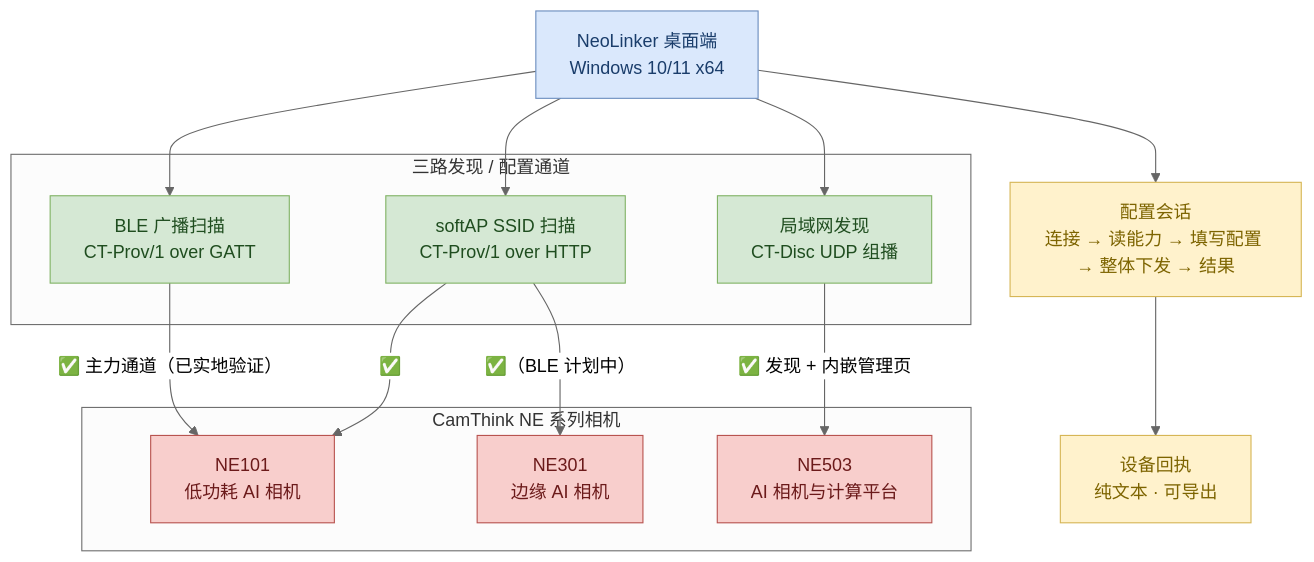
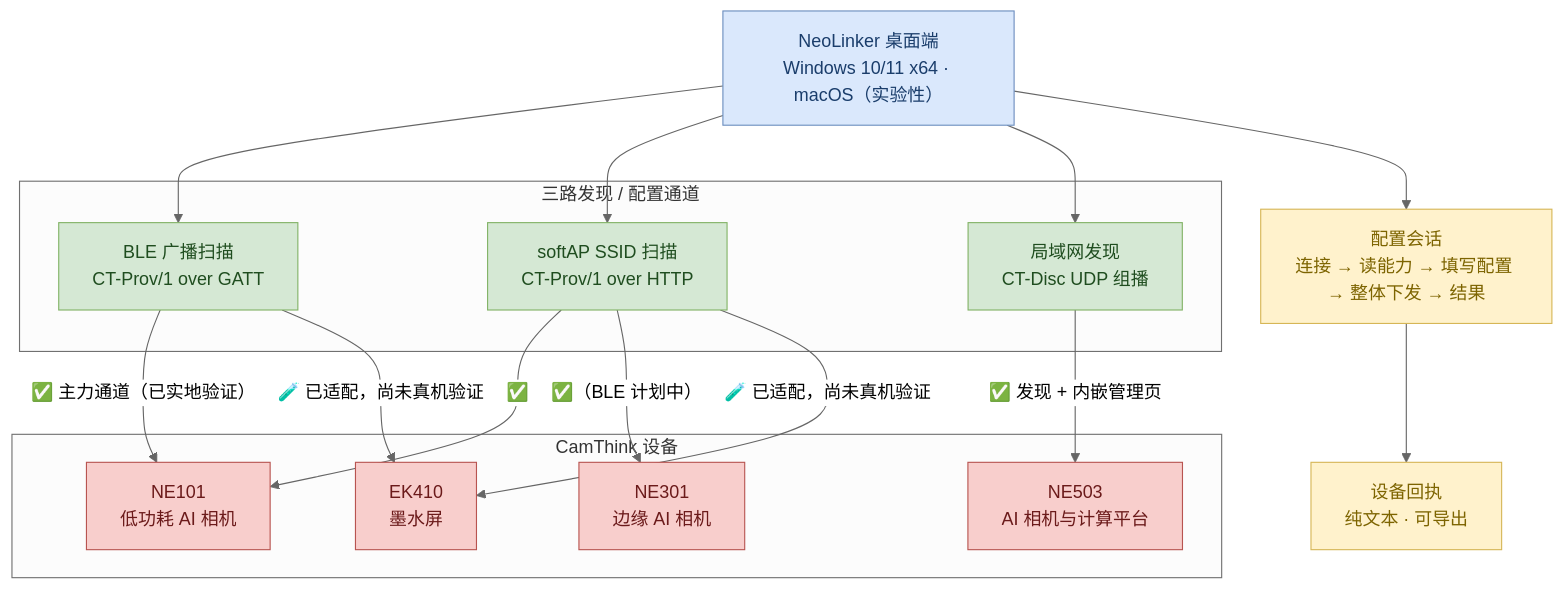
Before and after one commit to Oreofilling/wiki-documents: the diagram in docs/7-neolinker/0-overview.md, drawn with Mermaid (neutral theme). The commit also changed other lines of this file and 13 other files, not shown here.

````diff
--- a/docs/7-neolinker/0-overview.md
+++ b/docs/7-neolinker/0-overview.md
@@ -29,35 +29,38 @@
 ```mermaid
 flowchart TB
-    NL["NeoLinker 桌面端<br/>Windows 10/11 x64"]
+    NL["NeoLinker 桌面端<br/>Windows 10/11 x64 · macOS（实验性）"]
 
     subgraph CH ["三路发现 / 配置通道"]
         BLE["BLE 广播扫描<br/>CT-Prov/1 over GATT"]
         AP["softAP SSID 扫描<br/>CT-Prov/1 over HTTP"]
         LAN["局域网发现<br/>CT-Disc UDP 组播"]
     end
 
-    subgraph DEV ["CamThink NE 系列相机"]
+    subgraph DEV ["CamThink 设备"]
         NE101["NE101<br/>低功耗 AI 相机"]
         NE301["NE301<br/>边缘 AI 相机"]
         NE503["NE503<br/>AI 相机与计算平台"]
+        EK410["EK410<br/>墨水屏"]
     end
 
     SESS["配置会话<br/>连接 → 读能力 → 填写配置 → 整体下发 → 结果"]
     RCT["设备回执<br/>纯文本 · 可导出"]
 
     NL --> BLE & AP & LAN
     BLE -->|"✅ 主力通道（已实地验证）"| NE101
     AP  -->|"✅"| NE101
     AP  -->|"✅（BLE 计划中）"| NE301
     LAN -->|"✅ 发现 + 内嵌管理页"| NE503
+    BLE -->|"🧪 已适配，尚未真机验证"| EK410
+    AP  -->|"🧪 已适配，尚未真机验证"| EK410
     NL --> SESS --> RCT
 
     classDef toolNode fill:#dae8fc,stroke:#6c8ebf,color:#1a3d6b
     classDef chanNode fill:#d5e8d4,stroke:#82b366,color:#1f4d1f
     classDef devNode fill:#f8cecc,stroke:#b85450,color:#6b1a1a
     classDef flowNode fill:#fff2cc,stroke:#d6b656,color:#7d6400
     class NL toolNode
     class BLE,AP,LAN chanNode
-    class NE101,NE301,NE503 devNode
+    class NE101,NE301,NE503,EK410 devNode
     class SESS,RCT flowNode
 ```
````
